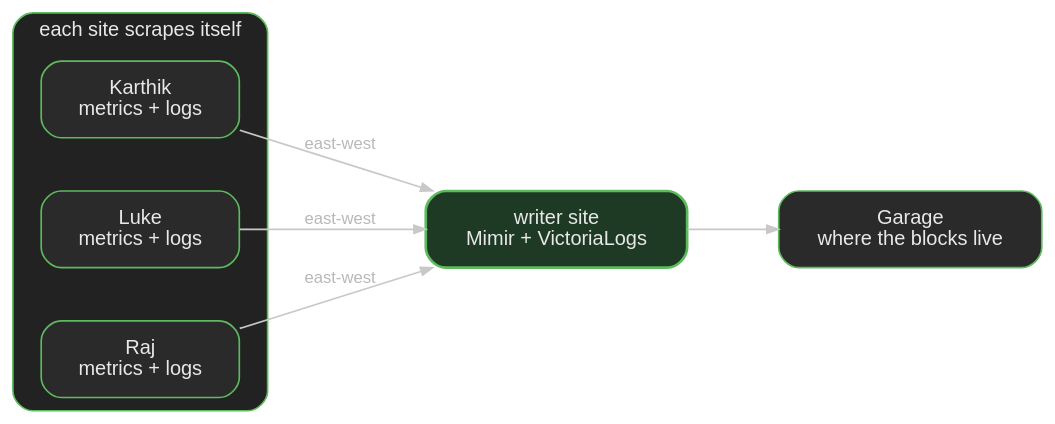
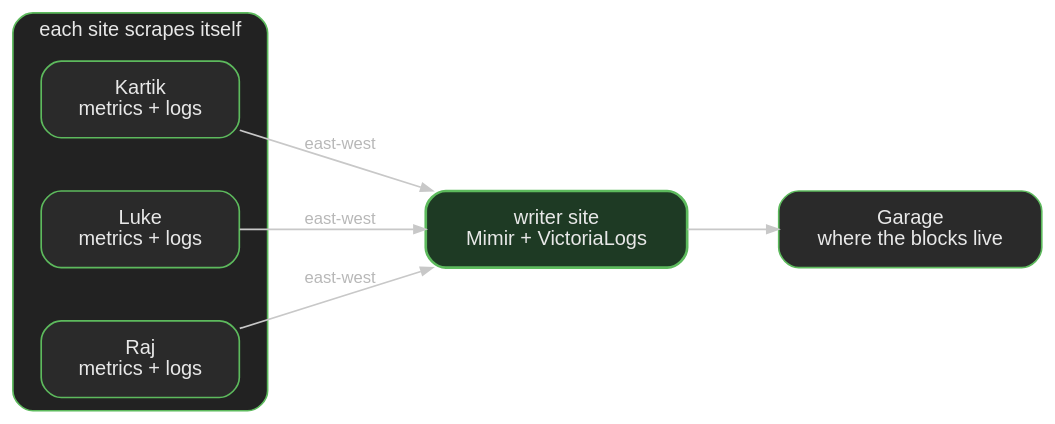
One commit to rajsinghtech/portfolio changed the diagram in content/post/self-hosting-a-keiretsu/telemetry.dot. Above: the diagram before and after it, drawn with Graphviz. The commit also changed 6 other files, not shown here.

```diff
--- a/content/post/self-hosting-a-keiretsu/telemetry.dot
+++ b/content/post/self-hosting-a-keiretsu/telemetry.dot
@@ -1,31 +1,31 @@
 digraph telemetry {
   graph [
     rankdir=LR, splines=spline, bgcolor="transparent",
     fontname="Helvetica", fontsize=12, pad=0.28, nodesep=0.45, ranksep=0.75,
     fontcolor="#e8e8e8"
   ];
   node [fontname="Helvetica", fontsize=12, shape=box, style="filled,rounded",
         fillcolor="#2a2a2a", color="#5dba5d", fontcolor="#e8e8e8", margin="0.22,0.14"];
   edge [fontname="Helvetica", fontsize=10, color="#c8c8c8", fontcolor="#b8b8b8", arrowsize=0.7];
 
   subgraph cluster_sites {
     label="each site scrapes itself";
     style="rounded,filled"; fillcolor="#222222"; color="#5dba5d"; fontsize=12; fontcolor="#e8e8e8";
-    ot [label="Karthik\nmetrics + logs"];
+    ot [label="Kartik\nmetrics + logs"];
     rb [label="Luke\nmetrics + logs"];
     sp [label="Raj\nmetrics + logs"];
   }
 
   store [
     label="writer site\nMimir + VictoriaLogs",
     fillcolor="#1e3a24", color="#5dba5d", penwidth=1.6
   ];
   garage [
     label="Garage\nwhere the blocks live"
   ];
 
   ot -> store [label="east-west"];
   rb -> store [label="east-west"];
   sp -> store [label="east-west"];
   store -> garage;
 }
```
